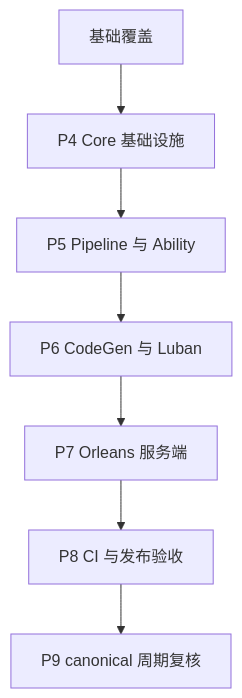
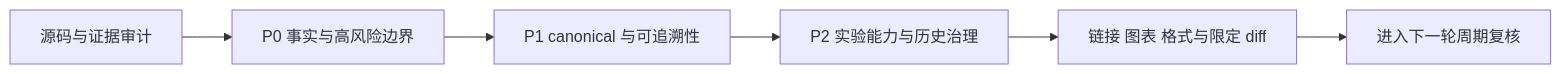
The fourth of 7 diagrams in Docs/design/11-DocumentationCompletionPlan.md (HOBOBO/AbilityKit), drawn with Mermaid before and after one commit. The commit also changed other lines of this file and 328 other files, not shown here.

````diff
--- a/Docs/design/11-DocumentationCompletionPlan.md
+++ b/Docs/design/11-DocumentationCompletionPlan.md
@@ -278,9 +314,8 @@
 ```mermaid
-flowchart TD
-    Coverage[基础覆盖] --> Core[P4 Core 基础设施]
-    Core --> Ability[P5 Pipeline 与 Ability]
-    Ability --> Data[P6 CodeGen 与 Luban]
-    Data --> Server[P7 Orleans 服务端]
-    Server --> Release[P8 CI 与发布验收]
-    Release --> Review[P9 canonical 周期复核]
+flowchart LR
+    Audit[源码与证据审计] --> P0[P0 事实与高风险边界]
+    P0 --> P1[P1 canonical 与可追溯性]
+    P1 --> P2[P2 实验能力与历史治理]
+    P2 --> Verify[链接 图表 格式与限定 diff]
+    Verify --> Review[进入下一轮周期复核]
 ```
````
